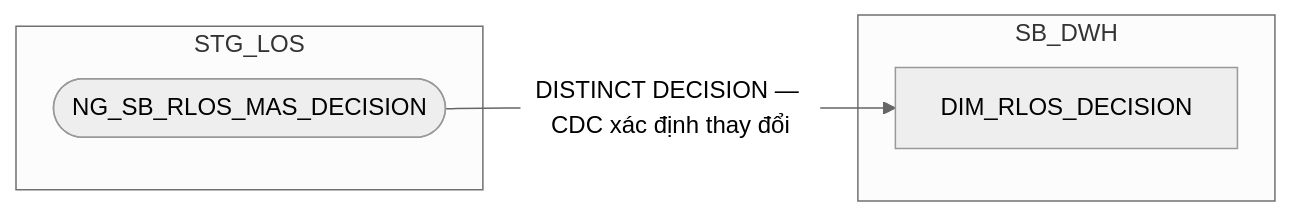
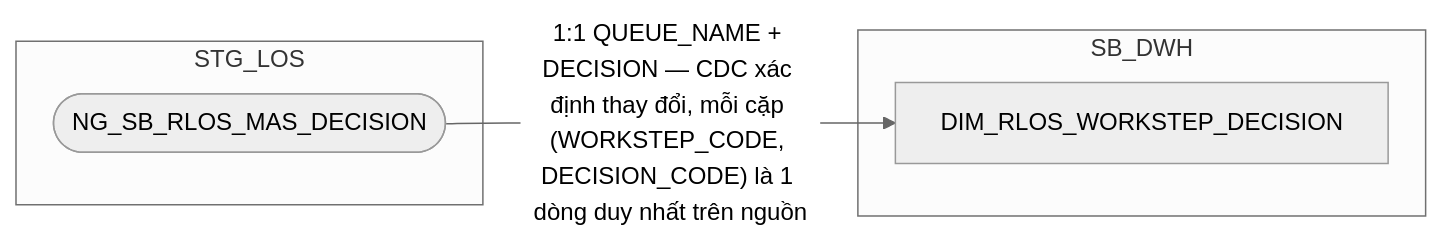
Diagram 11 of 13 in hld/hld_review/HLD_DIM_SB_DWH_review.md (chien1198/sb-mapping-gen), drawn with Mermaid (neutral theme) before and after one commit. The commit also changed other lines of this file and 183 other files, not shown here.

````diff
--- a/hld/hld_review/HLD_DIM_SB_DWH_review.md
+++ b/hld/hld_review/HLD_DIM_SB_DWH_review.md
@@ -714,10 +529,10 @@
 ```mermaid
 flowchart LR
     subgraph STG_LOS
         A(["NG_SB_RLOS_MAS_DECISION"])
     end
     subgraph SB_DWH
-        C["DIM_RLOS_DECISION"]
+        C["DIM_RLOS_WORKSTEP_DECISION"]
     end
-    A -->|"DISTINCT DECISION — CDC xác định thay đổi"| C
+    A -->|"1:1 QUEUE_NAME + DECISION — CDC xác định thay đổi, mỗi cặp (WORKSTEP_CODE, DECISION_CODE) là 1 dòng duy nhất trên nguồn"| C
 ```
````
